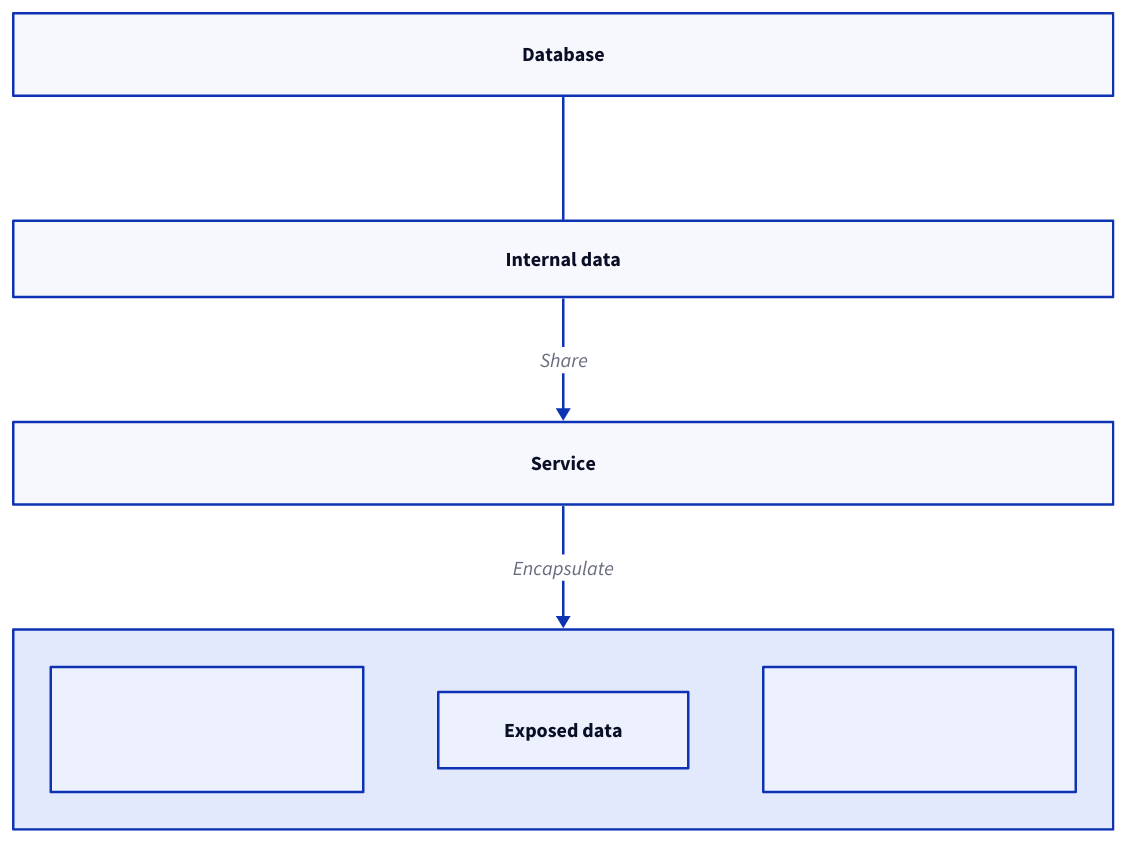
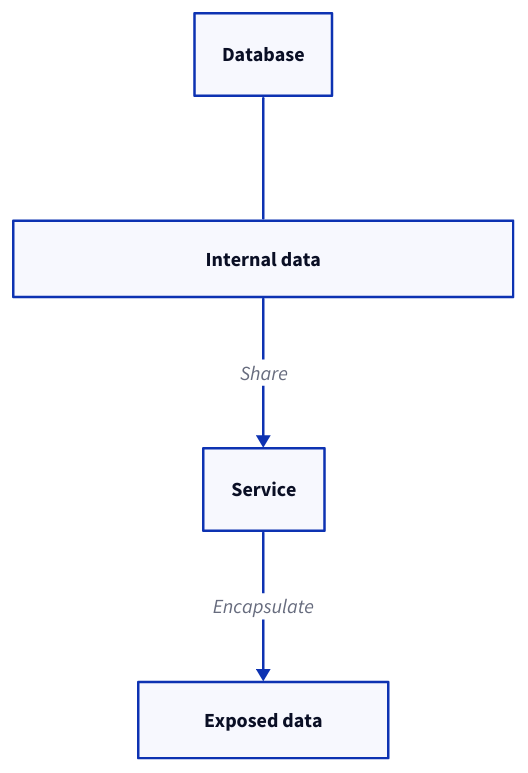
Before and after one commit to link1905/system-design-101: the third of 16 diagrams in content/design-patterns/event-driven-architecture/event-sourcing.md, drawn with D2. The commit also changed other lines of this file and 42 other files, not shown here.

````diff
--- a/content/design-patterns/event-driven-architecture/event-sourcing.md
+++ b/content/design-patterns/event-driven-architecture/event-sourcing.md
@@ -77,30 +77,17 @@
 ```d2
-grid-columns: 1
-vertical-gap: 100
 d: Database {
     class: db
 }
-d1: Internal data {
-    width: 700
+d1: "Internal data" {
+    width: 400
 }
 s: Service {
     class: server
 }
-d2: "" {
-    class: none
-    e1: "" {
-        class: none
-        width: 250
-    }
-    "Exposed data" {
-        width: 200
-    }
-    e2: "" {
-        class: none
-        width: 250
-    }
+d2: "Exposed data" {
+    width: 200
 }
 d -- d1
 d1 -> s: Share
 s -> d2: Encapsulate
 ```
````
